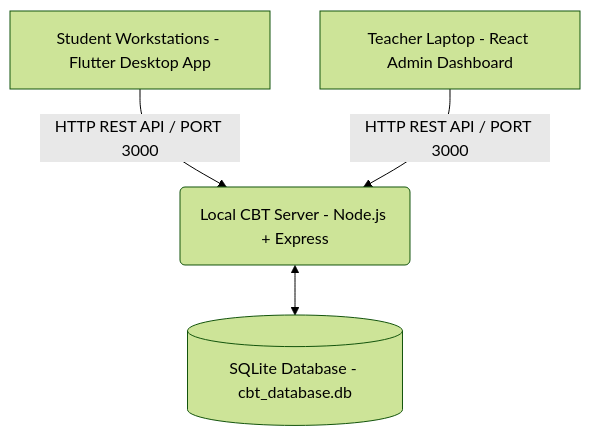
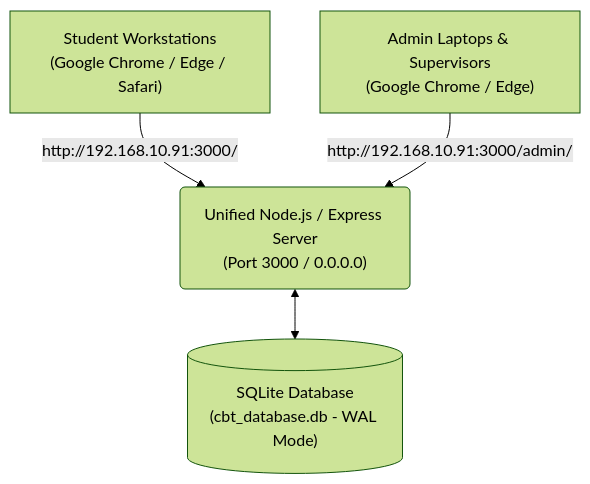
The diagram in README.md (ESCANOR-dev-afro/Desktop-CBT-App), drawn with Mermaid (forest theme) before and after one commit. The commit also changed other lines of this file and 22 other files, not shown here.

Commit message:
Refactor to zero-installation browser CBT architecture

````diff
--- a/README.md
+++ b/README.md
@@ -32,6 +33,6 @@
 ```mermaid
 graph TD
-    A[Student Workstations - Flutter Desktop App] -->|HTTP REST API / PORT 3000| B(Local CBT Server - Node.js + Express)
-    C[Teacher Laptop - React Admin Dashboard] -->|HTTP REST API / PORT 3000| B
-    B <--> D[(SQLite Database - cbt_database.db)]
+    A["Student Workstations<br>(Google Chrome / Edge / Safari)"] -->|http://192.168.10.91:3000/| B("Unified Node.js / Express Server<br>(Port 3000 / 0.0.0.0)")
+    C["Admin Laptops & Supervisors<br>(Google Chrome / Edge)"] -->|http://192.168.10.91:3000/admin/| B
+    B <--> D[("SQLite Database<br>(cbt_database.db - WAL Mode)")]
 ```
````
